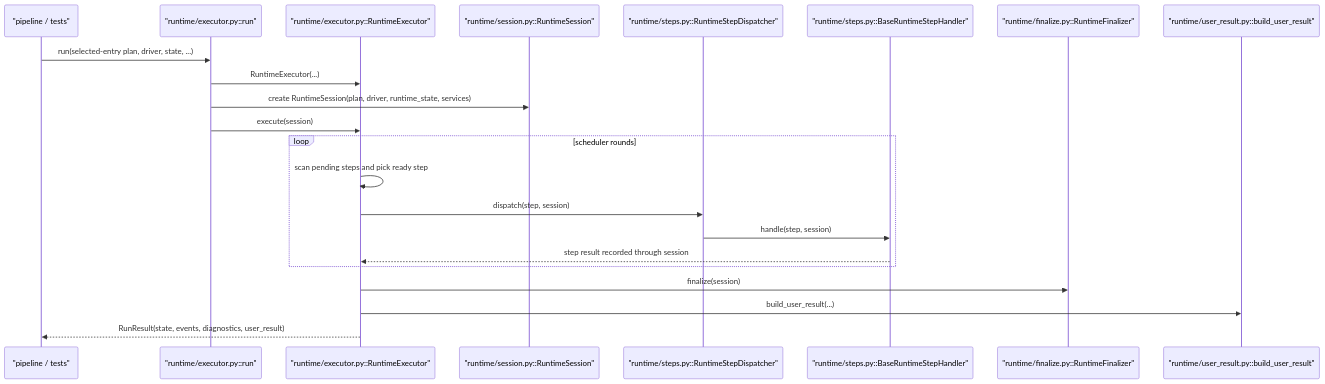
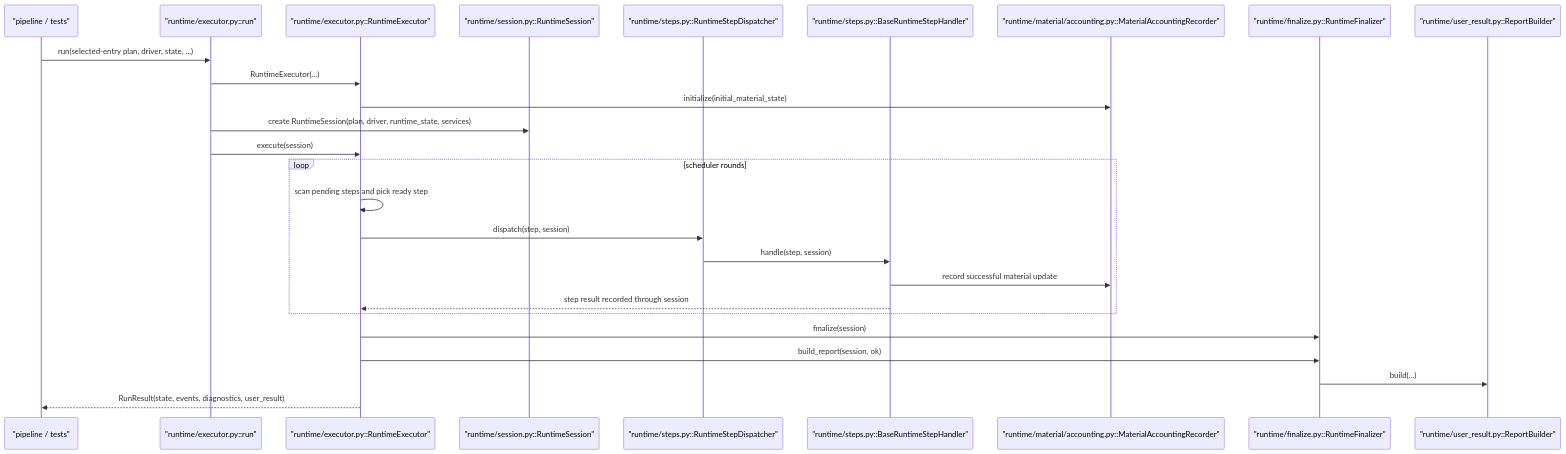
One commit to culsma/culsma changed the second of 11 diagrams in docs/architecture/runtime_module_diagrams.md. Above: the diagram before and after it, drawn with Mermaid. The commit also changed other lines of this file and 18 other files, not shown here.

Commit message:
Stabilize runtime report accounting

````diff
--- a/docs/architecture/runtime_module_diagrams.md
+++ b/docs/architecture/runtime_module_diagrams.md
@@ -94,27 +101,31 @@
 ```mermaid
 sequenceDiagram
     participant Caller as "pipeline / tests"
     participant API as "runtime/executor.py::run"
     participant Exec as "runtime/executor.py::RuntimeExecutor"
     participant Session as "runtime/session.py::RuntimeSession"
     participant Disp as "runtime/steps.py::RuntimeStepDispatcher"
     participant H as "runtime/steps.py::BaseRuntimeStepHandler"
+    participant Accounting as "runtime/material/accounting.py::MaterialAccountingRecorder"
     participant Final as "runtime/finalize.py::RuntimeFinalizer"
-    participant User as "runtime/user_result.py::build_user_result"
+    participant Report as "runtime/user_result.py::ReportBuilder"
 
     Caller->>API: run(selected-entry plan, driver, state, ...)
     API->>Exec: RuntimeExecutor(...)
+    Exec->>Accounting: initialize(initial_material_state)
     API->>Session: create RuntimeSession(plan, driver, runtime_state, services)
     API->>Exec: execute(session)
 
     loop scheduler rounds
         Exec->>Exec: scan pending steps and pick ready step
         Exec->>Disp: dispatch(step, session)
         Disp->>H: handle(step, session)
+        H->>Accounting: record successful material update
         H-->>Exec: step result recorded through session
     end
 
     Exec->>Final: finalize(session)
-    Exec->>User: build_user_result(...)
+    Exec->>Final: build_report(session, ok)
+    Final->>Report: build(...)
     Exec-->>Caller: RunResult(state, events, diagnostics, user_result)
 ```
````
